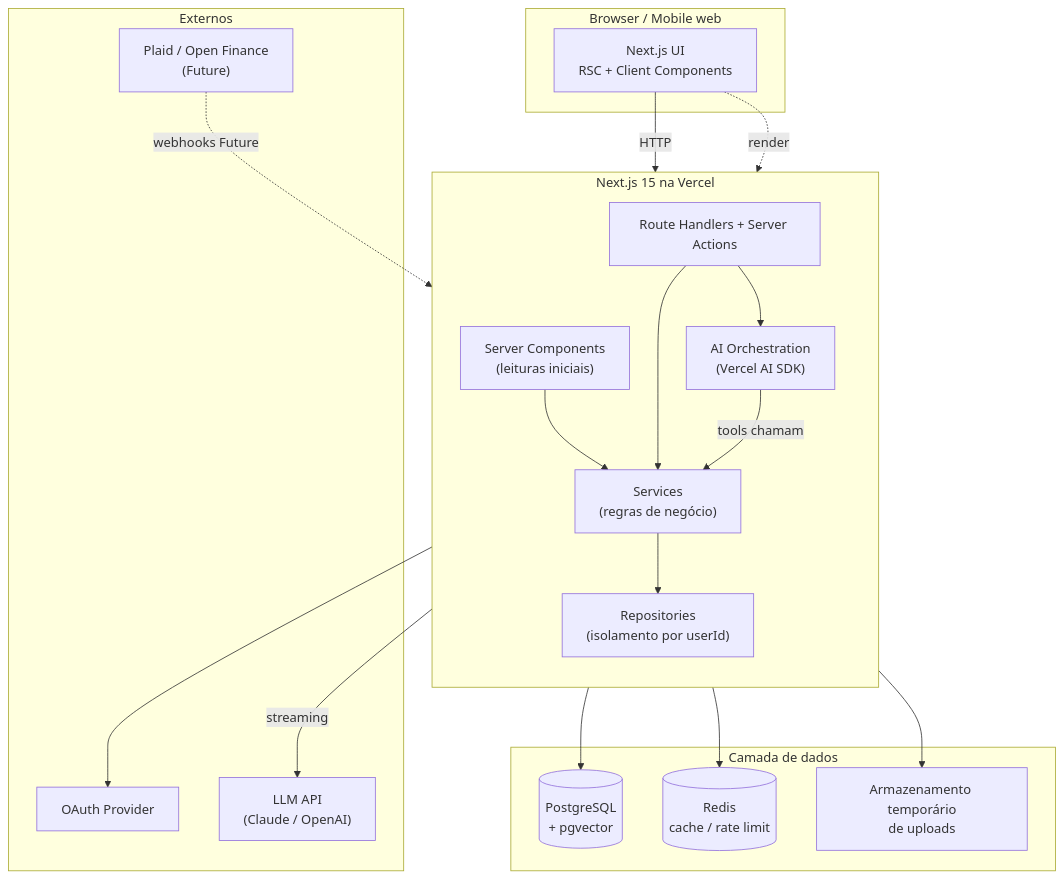
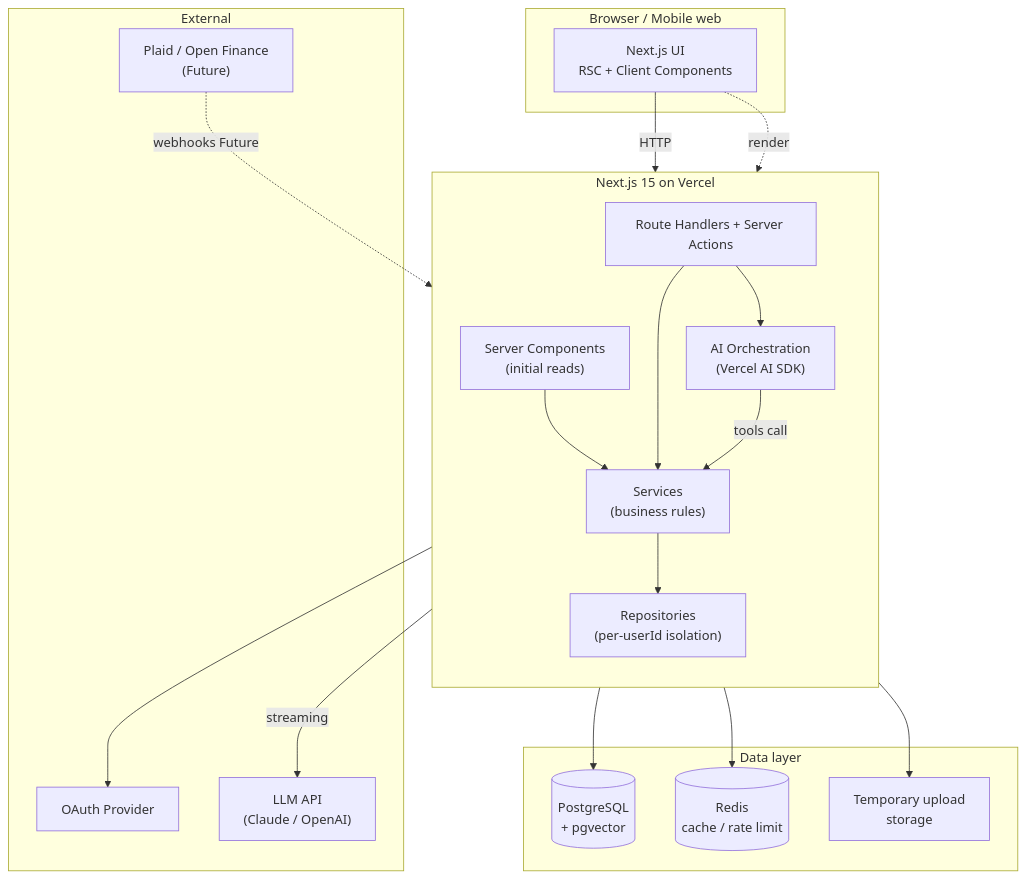
Before and after one commit to fernandaquerino/finsight-ai: the first of 3 diagrams in docs/architecture.md, drawn with Mermaid. The commit also changed other lines of this file and 9 other files, not shown here.

````diff
--- a/docs/architecture.md
+++ b/docs/architecture.md
@@ -378,41 +379,41 @@
 ```mermaid
 flowchart TB
   subgraph Client["Browser / Mobile web"]
     UI["Next.js UI<br/>RSC + Client Components"]
   end
 
-  subgraph Vercel["Next.js 15 na Vercel"]
+  subgraph Vercel["Next.js 15 on Vercel"]
     direction TB
-    RSC["Server Components<br/>(leituras iniciais)"]
+    RSC["Server Components<br/>(initial reads)"]
     RH["Route Handlers + Server Actions"]
-    SVC["Services<br/>(regras de negócio)"]
-    REPO["Repositories<br/>(isolamento por userId)"]
+    SVC["Services<br/>(business rules)"]
+    REPO["Repositories<br/>(per-userId isolation)"]
     AIORCH["AI Orchestration<br/>(Vercel AI SDK)"]
   end
 
-  subgraph Data["Camada de dados"]
+  subgraph Data["Data layer"]
     PG[("PostgreSQL<br/>+ pgvector")]
     REDIS[("Redis<br/>cache / rate limit")]
-    FILES["Armazenamento temporário<br/>de uploads"]
+    FILES["Temporary upload<br/>storage"]
   end
 
-  subgraph External["Externos"]
+  subgraph External["External"]
     OAUTH["OAuth Provider"]
     LLM["LLM API<br/>(Claude / OpenAI)"]
     BANKS["Plaid / Open Finance<br/>(Future)"]
   end
 
   UI -->|HTTP| RH
   UI -.->|render| RSC
   RSC --> SVC
   RH --> SVC
   RH --> AIORCH
   SVC --> REPO
-  AIORCH -->|tools chamam| SVC
+  AIORCH -->|tools call| SVC
   AIORCH -->|streaming| LLM
   REPO --> PG
   SVC --> REDIS
   RH --> FILES
   RH --> OAUTH
   BANKS -.->|webhooks Future| RH
 ```
````
